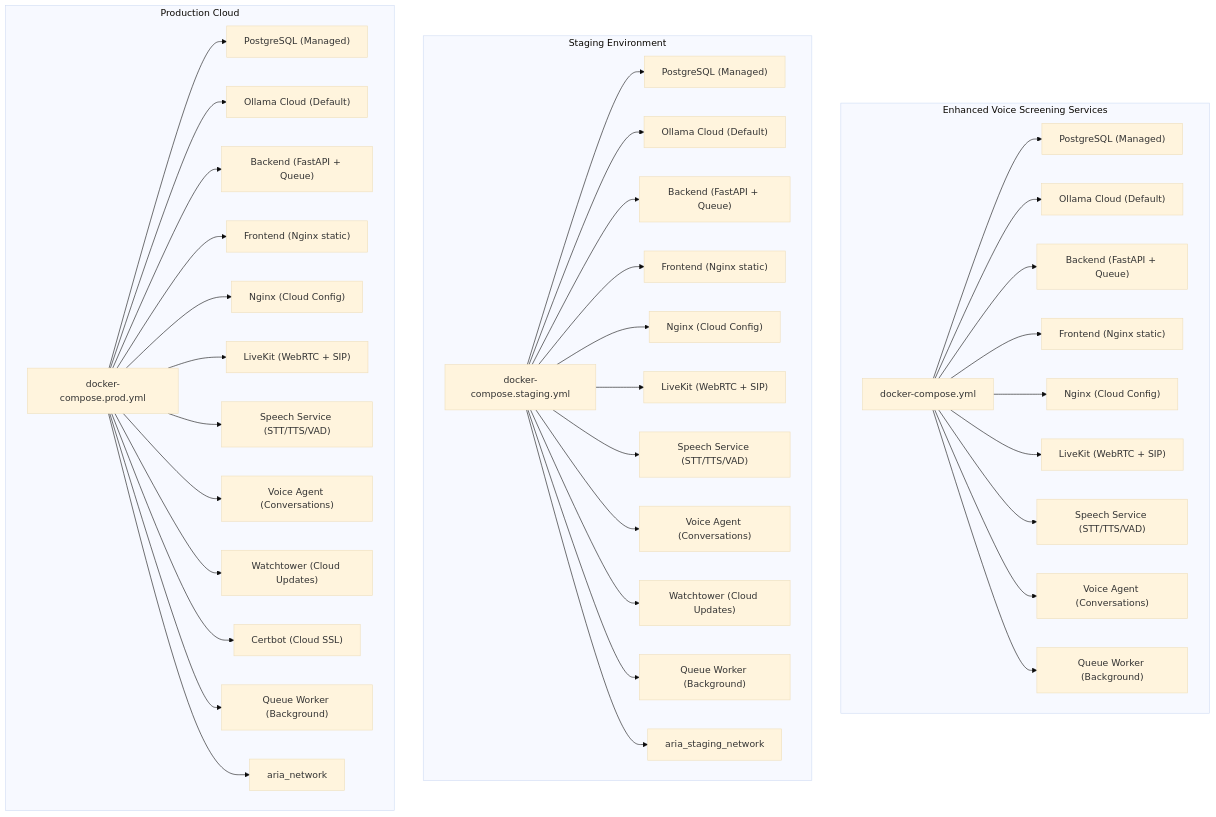
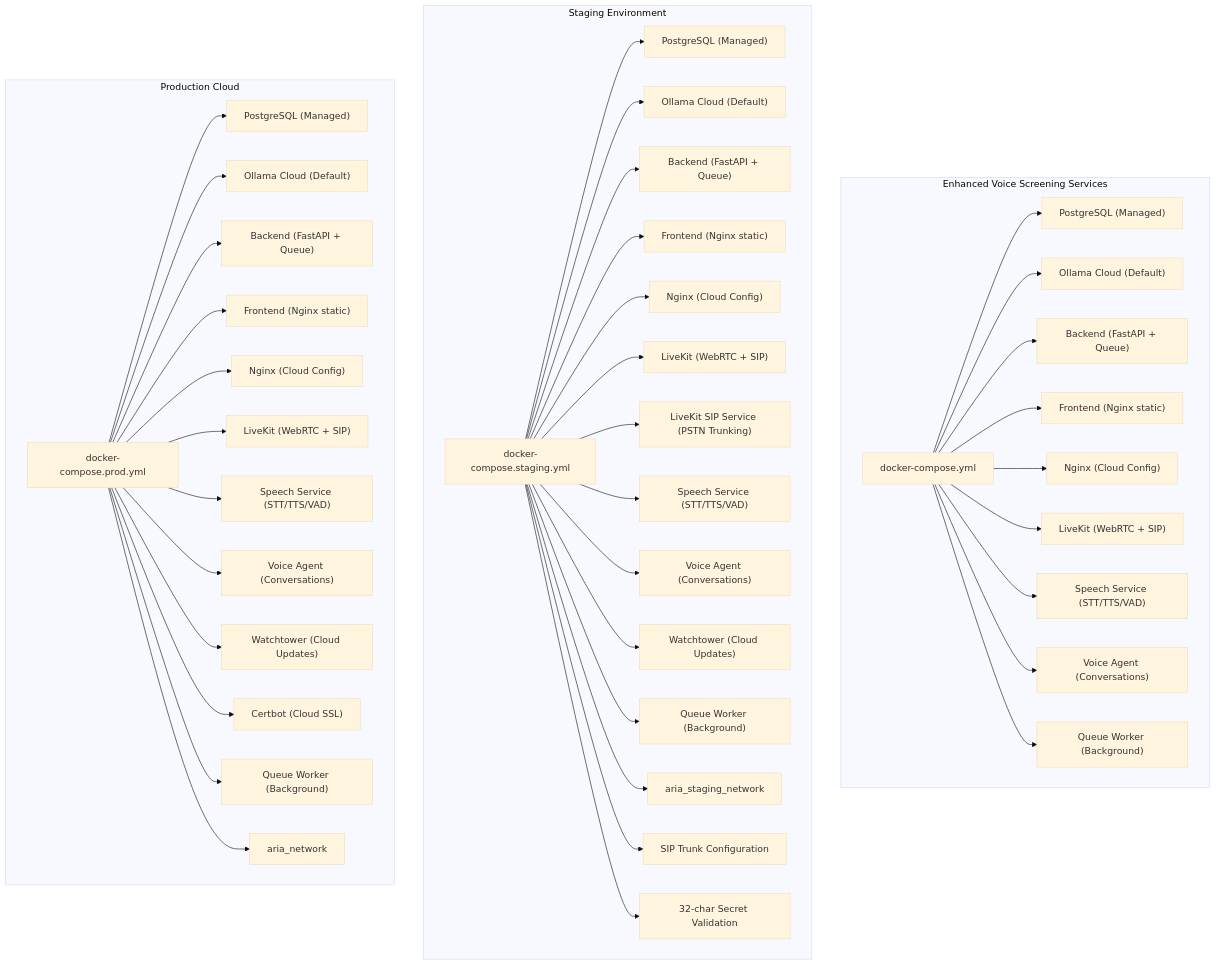
Before and after one commit to Revanththetalogics/aireume: the second of 16 diagrams in .qoder/repowiki/en/content/Deployment & DevOps/Deployment & DevOps.md, drawn with Mermaid (base theme). The commit also changed other lines of this file and 118 other files, not shown here.

````diff
--- a/.qoder/repowiki/en/content/Deployment & DevOps/Deployment & DevOps.md
+++ b/.qoder/repowiki/en/content/Deployment & DevOps/Deployment & DevOps.md
@@ -154,44 +161,47 @@
 ```mermaid
 graph TB
 subgraph "Enhanced Voice Screening Services"
 Dev["docker-compose.yml"]
 Dev --> PostgresDev["PostgreSQL (Managed)"]
 Dev --> OllamaCloudDev["Ollama Cloud (Default)"]
 Dev --> BackendDev["Backend (FastAPI + Queue)"]
 Dev --> FrontendDev["Frontend (Nginx static)"]
 Dev --> NginxDev["Nginx (Cloud Config)"]
 Dev --> LiveKitDev["LiveKit (WebRTC + SIP)"]
 Dev --> SpeechServiceDev["Speech Service (STT/TTS/VAD)"]
 Dev --> VoiceAgentDev["Voice Agent (Conversations)"]
 Dev --> QueueWorkerDev["Queue Worker (Background)"]
 end
 subgraph "Staging Environment"
 Staging["docker-compose.staging.yml"]
 Staging --> PostgresStaging["PostgreSQL (Managed)"]
 Staging --> OllamaCloudStaging["Ollama Cloud (Default)"]
 Staging --> BackendStaging["Backend (FastAPI + Queue)"]
 Staging --> FrontendStaging["Frontend (Nginx static)"]
 Staging --> NginxStaging["Nginx (Cloud Config)"]
 Staging --> LiveKitStaging["LiveKit (WebRTC + SIP)"]
+Staging --> LiveKitSIPStaging["LiveKit SIP Service (PSTN Trunking)"]
 Staging --> SpeechServiceStaging["Speech Service (STT/TTS/VAD)"]
 Staging --> VoiceAgentStaging["Voice Agent (Conversations)"]
 Staging --> WatchtowerStaging["Watchtower (Cloud Updates)"]
 Staging --> QueueWorkerStaging["Queue Worker (Background)"]
 Staging --> NetworkStaging["aria_staging_network"]
+Staging --> SIPTrunk["SIP Trunk Configuration"]
+Staging --> SecretValidation["32-char Secret Validation"]
 end
 subgraph "Production Cloud"
 Prod["docker-compose.prod.yml"]
 Prod --> PostgresProd["PostgreSQL (Managed)"]
 Prod --> OllamaCloudProd["Ollama Cloud (Default)"]
 Prod --> BackendProd["Backend (FastAPI + Queue)"]
 Prod --> FrontendProd["Frontend (Nginx static)"]
 Prod --> NginxProd["Nginx (Cloud Config)"]
 Prod --> LiveKitProd["LiveKit (WebRTC + SIP)"]
 Prod --> SpeechServiceProd["Speech Service (STT/TTS/VAD)"]
 Prod --> VoiceAgentProd["Voice Agent (Conversations)"]
 Prod --> WatchtowerProd["Watchtower (Cloud Updates)"]
 Prod --> Certbot["Certbot (Cloud SSL)"]
 Prod --> QueueWorkerProd["Queue Worker (Background)"]
 Prod --> NetworkProd["aria_network"]
 end
 ```
````
